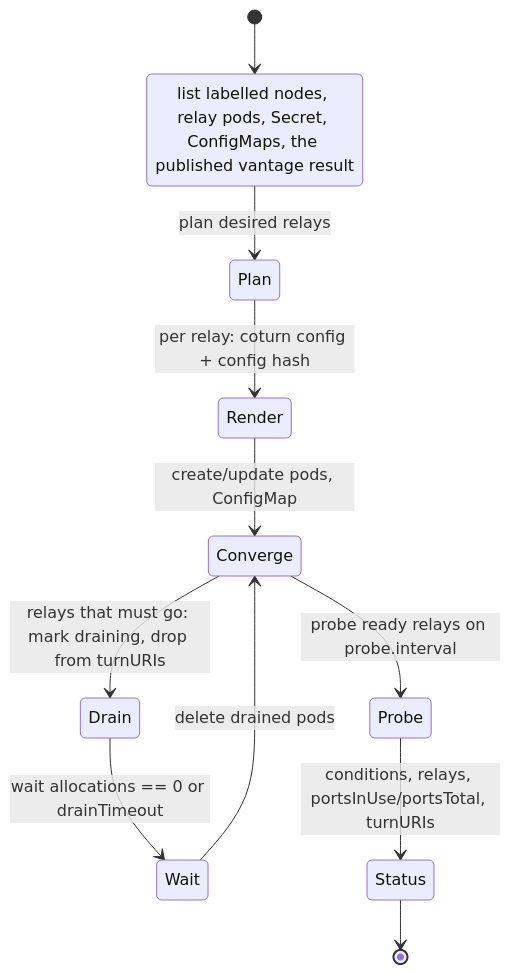
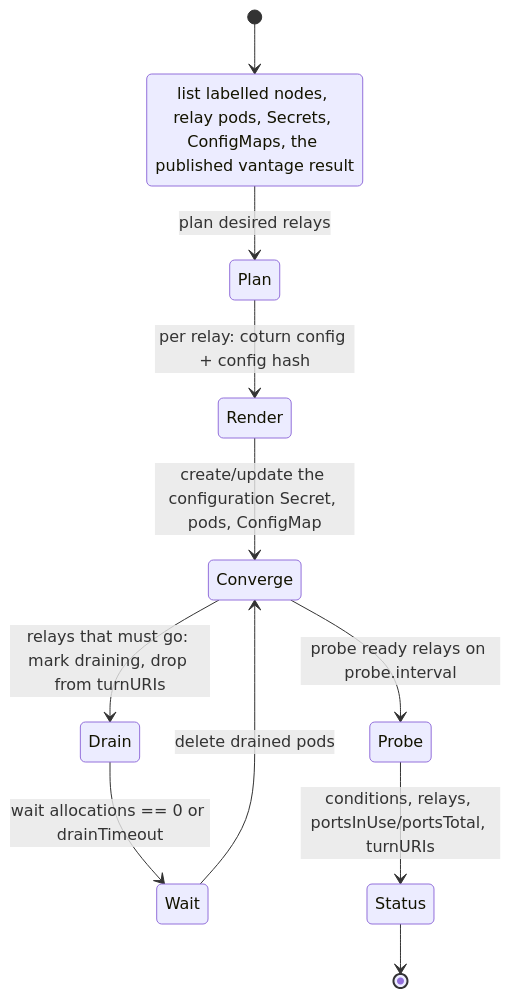
One commit to Hazmi35/turnfleet changed the second of 2 diagrams in docs/architecture.md. Above: the diagram before and after it, drawn with Mermaid. The commit also changed other lines of this file and 20 other files, not shown here.

First line of the commit message:
fix(controller): deliver the relay configuration as a Secret

````diff
--- a/docs/architecture.md
+++ b/docs/architecture.md
@@ -71,14 +71,14 @@
 ```mermaid
 stateDiagram-v2
   [*] --> Observe
-  Observe: list labelled nodes, relay pods, Secret, ConfigMaps, the published vantage result
+  Observe: list labelled nodes, relay pods, Secrets, ConfigMaps, the published vantage result
   Observe --> Plan: plan desired relays
   Plan --> Render: per relay: coturn config + config hash
-  Render --> Converge: create/update pods, ConfigMap
+  Render --> Converge: create/update the configuration Secret, pods, ConfigMap
   Converge --> Drain: relays that must go: mark draining, drop from turnURIs
   Drain --> Wait: wait allocations == 0 or drainTimeout
   Wait --> Converge: delete drained pods
   Converge --> Probe: probe ready relays on probe.interval
   Probe --> Status: conditions, relays, portsInUse/portsTotal, turnURIs
   Status --> [*]
 ```
````
